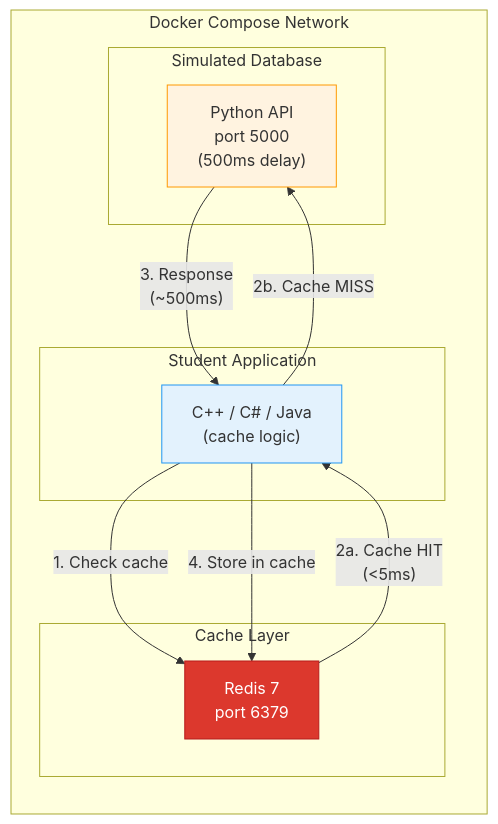
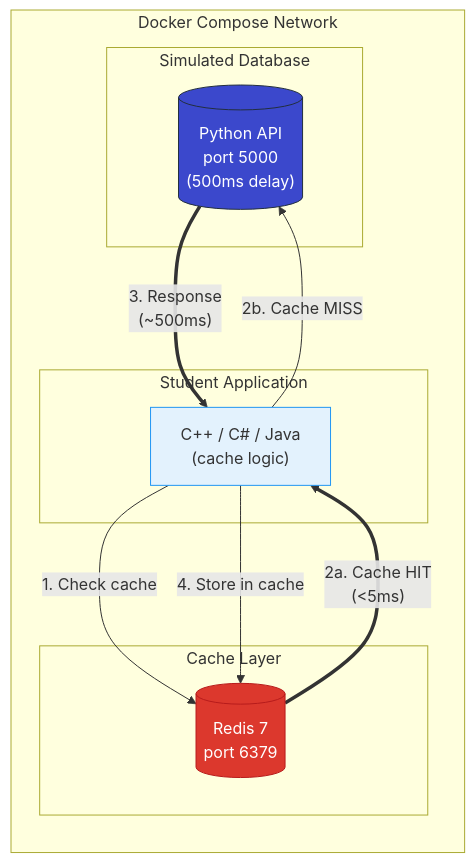
One commit to gamaware/system-design-course changed the first of 5 diagrams in 11-caching/README.md. Above: the diagram before and after it, drawn with Mermaid. The commit also changed 7 other files, not shown here.

Commit message:
feat: enhance Mermaid diagrams with semantic shapes and styling

````diff
--- a/11-caching/README.md
+++ b/11-caching/README.md
@@ -66,28 +66,32 @@
 ```mermaid
 graph LR
-    subgraph Docker["Docker Compose Network"]
-        subgraph Student["Student Application"]
+    subgraph Docker ["Docker Compose Network"]
+        subgraph Student ["Student Application"]
             APP["C++ / C# / Java<br>(cache logic)"]
         end
 
-        subgraph Cache["Cache Layer"]
-            REDIS["Redis 7<br>port 6379"]
+        subgraph Cache ["Cache Layer"]
+            REDIS[("Redis 7<br>port 6379")]
         end
 
-        subgraph Origin["Simulated Database"]
-            BACKEND["Python API<br>port 5000<br>(500ms delay)"]
+        subgraph Origin ["Simulated Database"]
+            BACKEND[("Python API<br>port 5000<br>(500ms delay)")]
         end
     end
 
     %% Cache-aside data flow
     APP -->|"1. Check cache"| REDIS
-    REDIS -->|"2a. Cache HIT<br>(&lt;5ms)"| APP
+    REDIS ==>|"2a. Cache HIT<br>(<5ms)"| APP
     APP -->|"2b. Cache MISS"| BACKEND
-    BACKEND -->|"3. Response<br>(~500ms)"| APP
+    BACKEND ==>|"3. Response<br>(~500ms)"| APP
     APP -->|"4. Store in cache"| REDIS
 
-    %% Styling
-    style REDIS fill:#DC382D,stroke:#B71C1C,color:#fff
-    style BACKEND fill:#FFF3E0,stroke:#FF9800
-    style APP fill:#E3F2FD,stroke:#2196F3
+    %% Class definitions
+    classDef cache fill:#DC382D,stroke:#B71C1C,color:#fff
+    classDef db fill:#3b48cc,stroke:#232f3e,color:#fff
+    classDef service fill:#E3F2FD,stroke:#2196F3
+
+    class REDIS cache
+    class BACKEND db
+    class APP service
 ```
````
